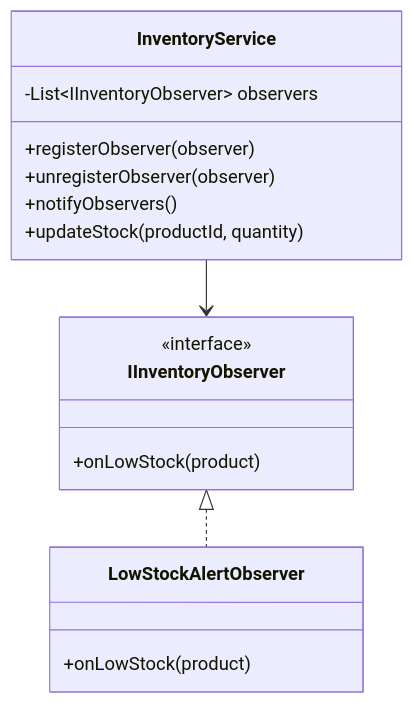
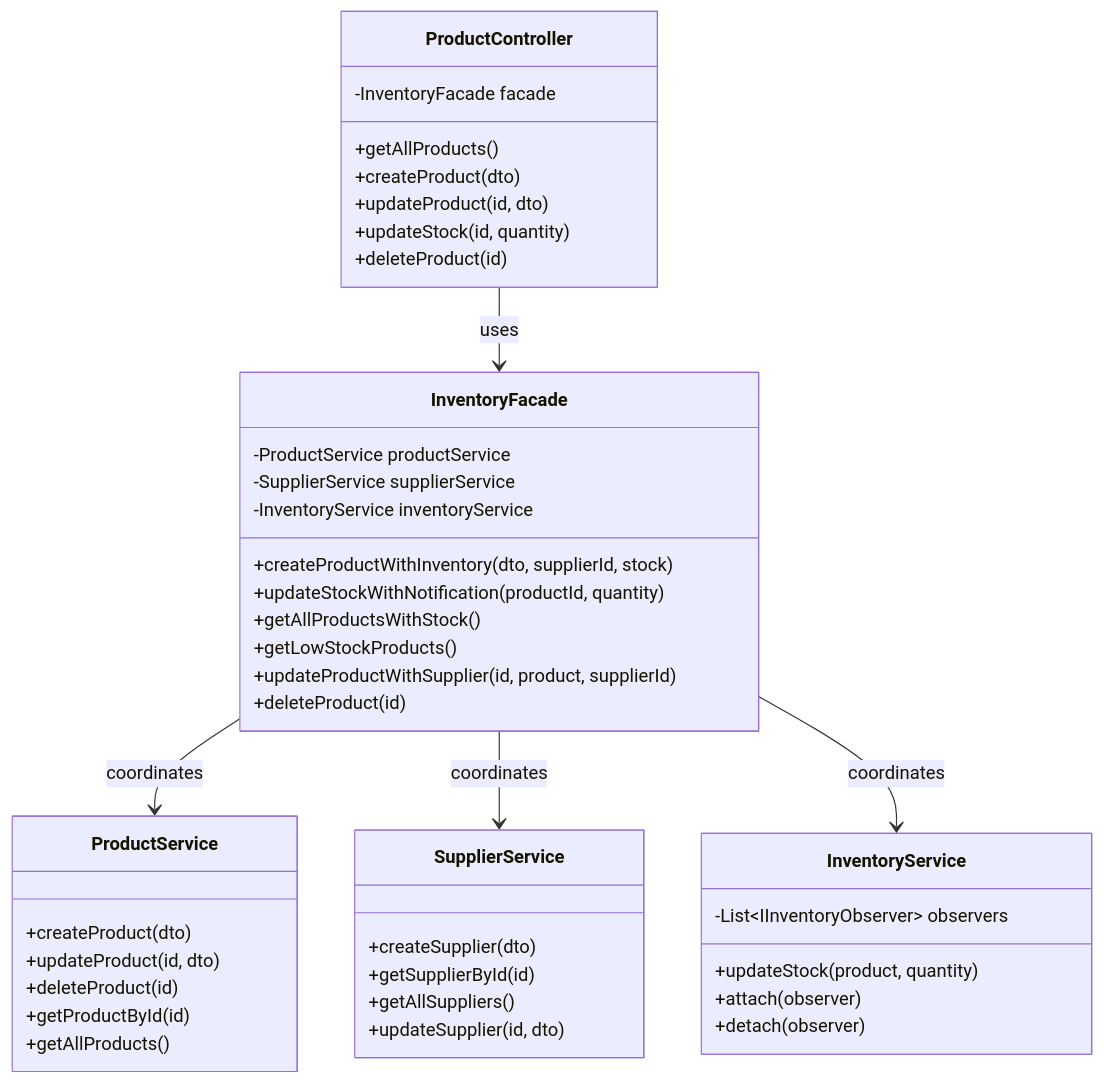
One commit to preksha-kamalesh/curatebox_ooad_mini_project changed the third of 8 diagrams in readme.md. Above: the diagram before and after it, drawn with Mermaid. The commit also changed other lines of this file, not shown here.

Commit message:
Update Design Pattern Diagram from Observer to Facade Pattern

````diff
--- a/readme.md
+++ b/readme.md
@@ -238,20 +239,46 @@
 ```mermaid
 classDiagram
+    class ProductController {
+        -InventoryFacade facade
+        +getAllProducts()
+        +createProduct(dto)
+        +updateProduct(id, dto)
+        +updateStock(id, quantity)
+        +deleteProduct(id)
+    }
+    class InventoryFacade {
+        -ProductService productService
+        -SupplierService supplierService
+        -InventoryService inventoryService
+        +createProductWithInventory(dto, supplierId, stock)
+        +updateStockWithNotification(productId, quantity)
+        +getAllProductsWithStock()
+        +getLowStockProducts()
+        +updateProductWithSupplier(id, product, supplierId)
+        +deleteProduct(id)
+    }
+    class ProductService {
+        +createProduct(dto)
+        +updateProduct(id, dto)
+        +deleteProduct(id)
+        +getProductById(id)
+        +getAllProducts()
+    }
+    class SupplierService {
+        +createSupplier(dto)
+        +getSupplierById(id)
+        +getAllSuppliers()
+        +updateSupplier(id, dto)
+    }
     class InventoryService {
         -List~IInventoryObserver~ observers
-        +registerObserver(observer)
-        +unregisterObserver(observer)
-        +notifyObservers()
-        +updateStock(productId, quantity)
-    }
-    class IInventoryObserver {
-        <<interface>>
-        +onLowStock(product)
-    }
-    class LowStockAlertObserver {
-        +onLowStock(product)
+        +updateStock(product, quantity)
+        +attach(observer)
+        +detach(observer)
     }
     
-    InventoryService --> IInventoryObserver
-    IInventoryObserver <|.. LowStockAlertObserver
+    ProductController --> InventoryFacade : uses
+    InventoryFacade --> ProductService : coordinates
+    InventoryFacade --> SupplierService : coordinates
+    InventoryFacade --> InventoryService : coordinates
 ```
````
